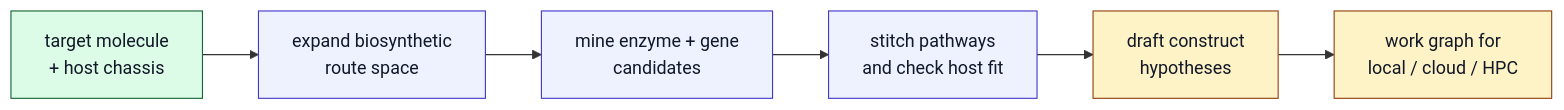
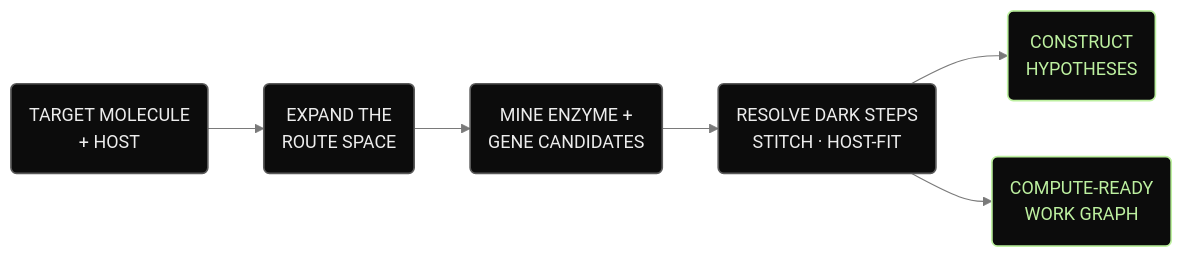
Before and after one commit to BioSymphony/bioprospector: the first of 5 diagrams in README.md, drawn with Mermaid. The commit also changed other lines of this file, not shown here.

````diff
--- a/README.md
+++ b/README.md
@@ -134,15 +13,14 @@
 ```mermaid
+%%{init:{'theme':'base','flowchart':{'htmlLabels':false,'padding':16,'subGraphTitleMargin':{'top':10,'bottom':18}},'themeVariables':{'fontFamily':'Menlo, Consolas, monospace','lineColor':'#7a7a7a','clusterBkg':'#0c0c0c','clusterBorder':'#3a3a3a','titleColor':'#dcdcdc'}}}%%
 flowchart LR
-  classDef input fill:#dcfce7,stroke:#166534,color:#111827
-  classDef stage fill:#eef2ff,stroke:#4338ca,color:#111827
-  classDef output fill:#fef3c7,stroke:#92400e,color:#111827
-
-  A["target molecule<br/>+ host chassis"]:::input
-  B["expand biosynthetic<br/>route space"]:::stage
-  C["mine enzyme + gene<br/>candidates"]:::stage
-  D["stitch pathways<br/>and check host fit"]:::stage
-  E["draft construct<br/>hypotheses"]:::output
-  F["work graph for<br/>local / cloud / HPC"]:::output
-
-  A --> B --> C --> D --> E --> F
+  classDef io fill:#0c0c0c,stroke:#5a5a5a,color:#ededed,stroke-width:1.5px
+  classDef accent fill:#0c0c0c,stroke:#bdf0a0,color:#bdf0a0,stroke-width:1.5px
+  A("TARGET MOLECULE<br/>+ HOST"):::io
+  B("EXPAND THE<br/>ROUTE SPACE"):::io
+  C("MINE ENZYME +<br/>GENE CANDIDATES"):::io
+  D("RESOLVE DARK STEPS<br/>STITCH · HOST-FIT"):::io
+  E("CONSTRUCT<br/>HYPOTHESES"):::accent
+  F("COMPUTE-READY<br/>WORK GRAPH"):::accent
+  A --> B --> C --> D --> E
+  D --> F
 ```
````
